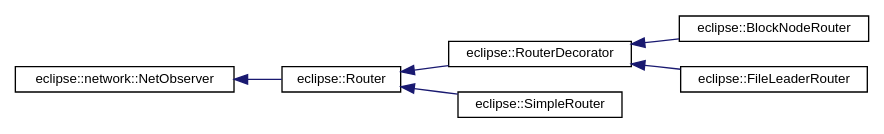
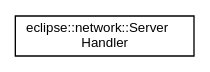
One commit to DICL/VeloxDFS changed the diagram in inherit_graph_12.dot. Above: the diagram before and after it, drawn with Graphviz. The commit also changed 307 other files, not shown here.

```diff
--- a/inherit_graph_12.dot
+++ b/inherit_graph_12.dot
@@ -1,17 +1,7 @@
 digraph "Graphical Class Hierarchy"
 {
   edge [fontname="Helvetica",fontsize="10",labelfontname="Helvetica",labelfontsize="10"];
   node [fontname="Helvetica",fontsize="10",shape=record];
   rankdir="LR";
-  Node1 [label="eclipse::network::NetObserver",height=0.2,width=0.4,color="black", fillcolor="white", style="filled",URL="$structeclipse_1_1network_1_1NetObserver.html"];
-  Node1 -> Node2 [dir="back",color="midnightblue",fontsize="10",style="solid",fontname="Helvetica"];
-  Node2 [label="eclipse::Router",height=0.2,width=0.4,color="black", fillcolor="white", style="filled",URL="$classeclipse_1_1Router.html"];
-  Node2 -> Node3 [dir="back",color="midnightblue",fontsize="10",style="solid",fontname="Helvetica"];
-  Node3 [label="eclipse::RouterDecorator",height=0.2,width=0.4,color="black", fillcolor="white", style="filled",URL="$classeclipse_1_1RouterDecorator.html"];
-  Node3 -> Node4 [dir="back",color="midnightblue",fontsize="10",style="solid",fontname="Helvetica"];
-  Node4 [label="eclipse::BlockNodeRouter",height=0.2,width=0.4,color="black", fillcolor="white", style="filled",URL="$classeclipse_1_1BlockNodeRouter.html"];
-  Node3 -> Node5 [dir="back",color="midnightblue",fontsize="10",style="solid",fontname="Helvetica"];
-  Node5 [label="eclipse::FileLeaderRouter",height=0.2,width=0.4,color="black", fillcolor="white", style="filled",URL="$classeclipse_1_1FileLeaderRouter.html"];
-  Node2 -> Node6 [dir="back",color="midnightblue",fontsize="10",style="solid",fontname="Helvetica"];
-  Node6 [label="eclipse::SimpleRouter",height=0.2,width=0.4,color="black", fillcolor="white", style="filled",URL="$classeclipse_1_1SimpleRouter.html"];
+  Node1 [label="eclipse::network::Server\lHandler",height=0.2,width=0.4,color="black", fillcolor="white", style="filled",URL="$classeclipse_1_1network_1_1ServerHandler.html"];
 }
```
